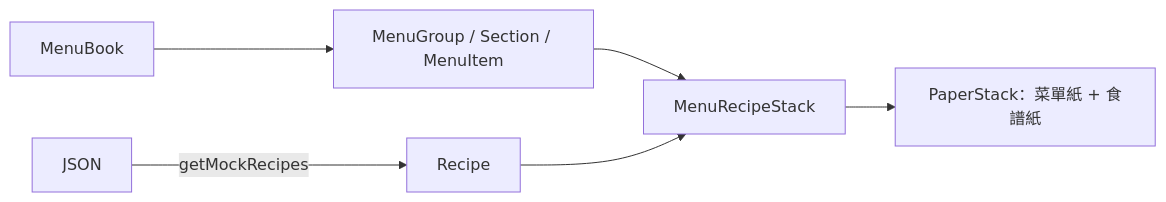
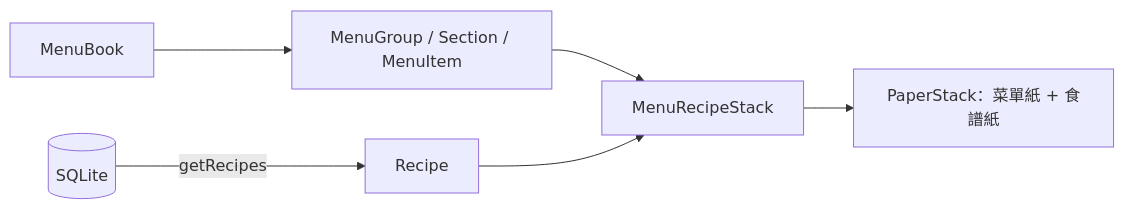
The first of 2 diagrams in docs/features/paper-stack.md (piercelin11/epifolio), drawn with Mermaid before and after one commit. The commit also changed other lines of this file and 2 other files, not shown here.

````diff
--- a/docs/features/paper-stack.md
+++ b/docs/features/paper-stack.md
@@ -22,8 +23,8 @@
 ```mermaid
 flowchart LR
     BOOK[MenuBook] --> MENU[MenuGroup / Section / MenuItem]
-    JSON -->|getMockRecipes| RECIPE[Recipe]
+    DB[(SQLite)] -->|getRecipes| RECIPE[Recipe]
     MENU --> STACK[MenuRecipeStack]
     RECIPE --> STACK
     STACK --> PS[PaperStack：菜單紙 + 食譜紙]
 ```
````
